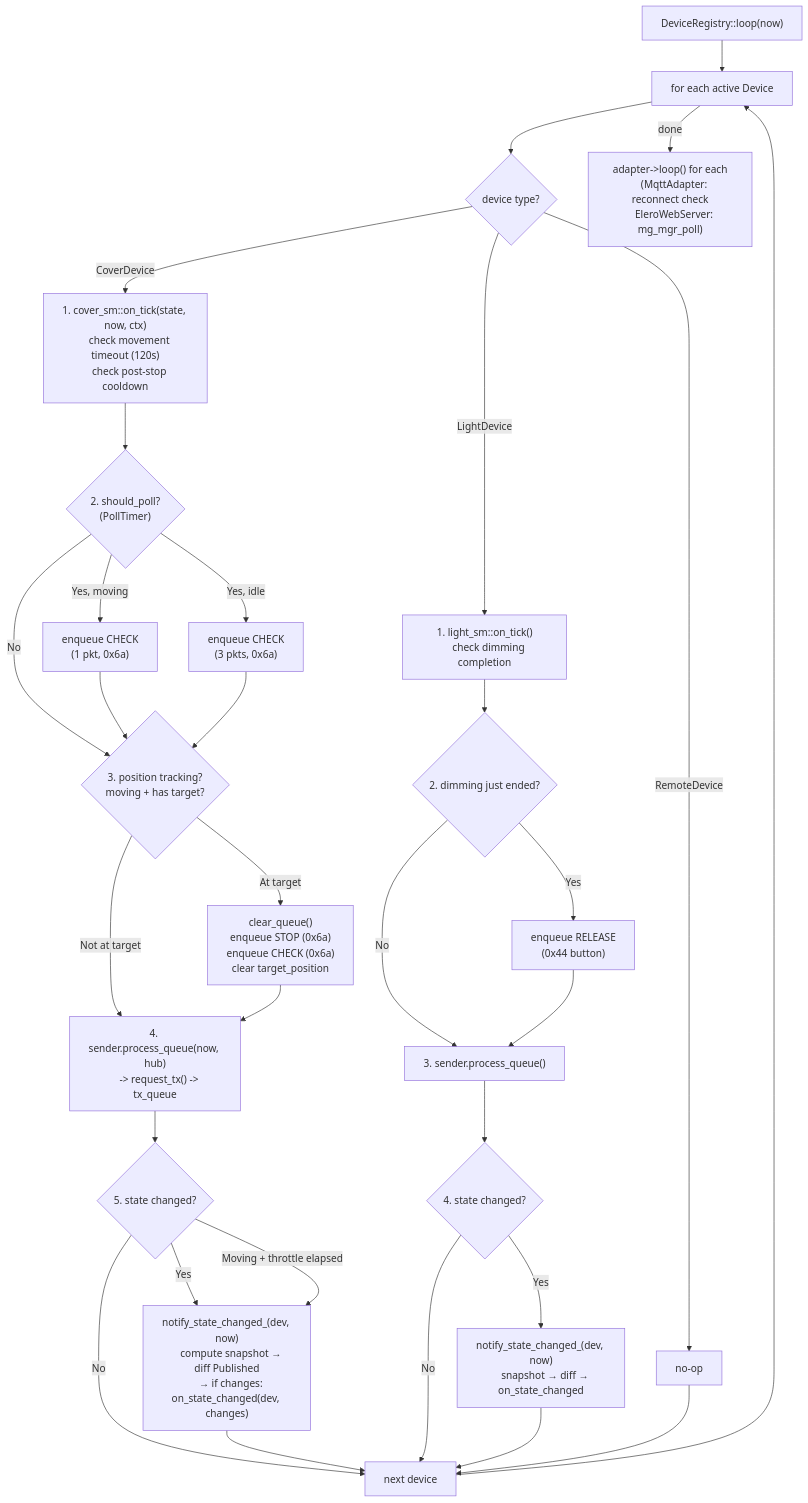
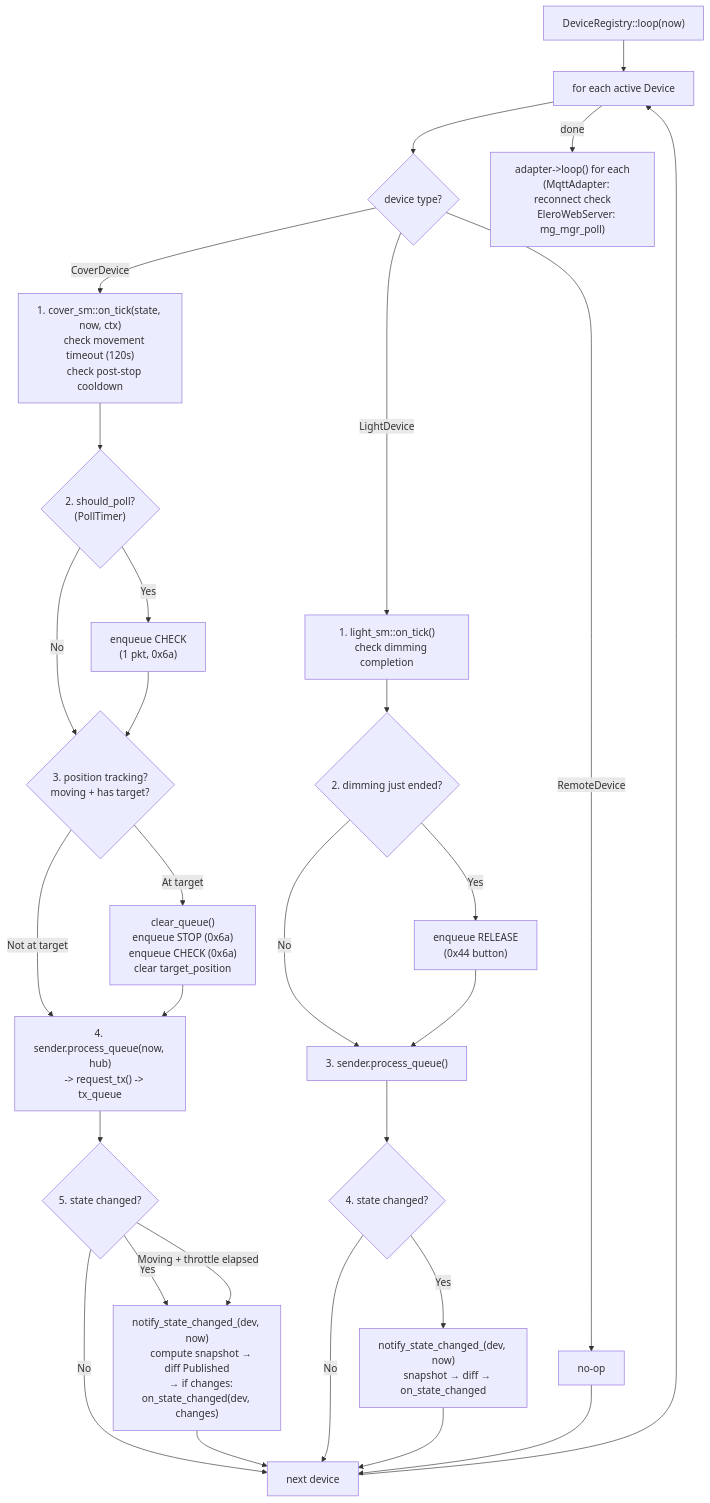
The seventh of 7 diagrams in docs/flows/STATE_MACHINES.md (manuschillerdev/esphome-elero), drawn with Mermaid before and after one commit. The commit also changed other lines of this file and 4 other files, not shown here.

First line of the commit message:
fix: minimize TX — reduce CHECK packets to 1, remove dead immediate_poll

````diff
--- a/docs/flows/STATE_MACHINES.md
+++ b/docs/flows/STATE_MACHINES.md
@@ -498,62 +498,59 @@
 ```mermaid
 flowchart TD
     START["DeviceRegistry::loop(now)"] --> ITER["for each active Device"]
     ITER --> VARIANT{device type?}
 
     VARIANT -->|CoverDevice| TICK["1. cover_sm::on_tick(state, now, ctx)
     check movement timeout (120s)
     check post-stop cooldown"]
     VARIANT -->|LightDevice| LTICK["1. light_sm::on_tick()
     check dimming completion"]
     VARIANT -->|RemoteDevice| SKIP[no-op]
 
     TICK --> POLL{"2. should_poll?
     (PollTimer)"}
-    POLL -->|Yes, moving| POLL_FAST["enqueue CHECK
+    POLL -->|Yes| POLL_CHECK["enqueue CHECK
     (1 pkt, 0x6a)"]
-    POLL -->|Yes, idle| POLL_FULL["enqueue CHECK
-    (3 pkts, 0x6a)"]
     POLL -->|No| POS_CHECK
 
-    POLL_FAST --> POS_CHECK
-    POLL_FULL --> POS_CHECK
+    POLL_CHECK --> POS_CHECK
 
     POS_CHECK{"3. position tracking?
     moving + has target?"}
     POS_CHECK -->|At target| POS_STOP["clear_queue()
     enqueue STOP (0x6a)
     enqueue CHECK (0x6a)
     clear target_position"]
     POS_CHECK -->|Not at target| CMD_Q
     POS_STOP --> CMD_Q
 
     CMD_Q["4. sender.process_queue(now, hub)
     -> request_tx() -> tx_queue"]
 
     CMD_Q --> NOTIFY{"5. state changed?"}
     NOTIFY -->|Yes| PUB["notify_state_changed_(dev, now)
     compute snapshot → diff Published
     → if changes: on_state_changed(dev, changes)"]
     NOTIFY -->|Moving + throttle elapsed| PUB
     NOTIFY -->|No| NEXT[next device]
 
     PUB --> NEXT
     NEXT --> ITER
 
     LTICK --> LDIM{"2. dimming just ended?"}
     LDIM -->|Yes| LRELEASE["enqueue RELEASE
     (0x44 button)"]
     LDIM -->|No| LCMD
     LRELEASE --> LCMD["3. sender.process_queue()"]
     LCMD --> LNOTIFY{"4. state changed?"}
     LNOTIFY -->|Yes| LPUB["notify_state_changed_(dev, now)
     snapshot → diff → on_state_changed"]
     LNOTIFY -->|No| NEXT
     LPUB --> NEXT
 
     SKIP --> NEXT
 
     ITER -->|done| ADAPTERS["adapter->loop() for each
     (MqttAdapter: reconnect check
     EleroWebServer: mg_mgr_poll)"]
 ```
````
